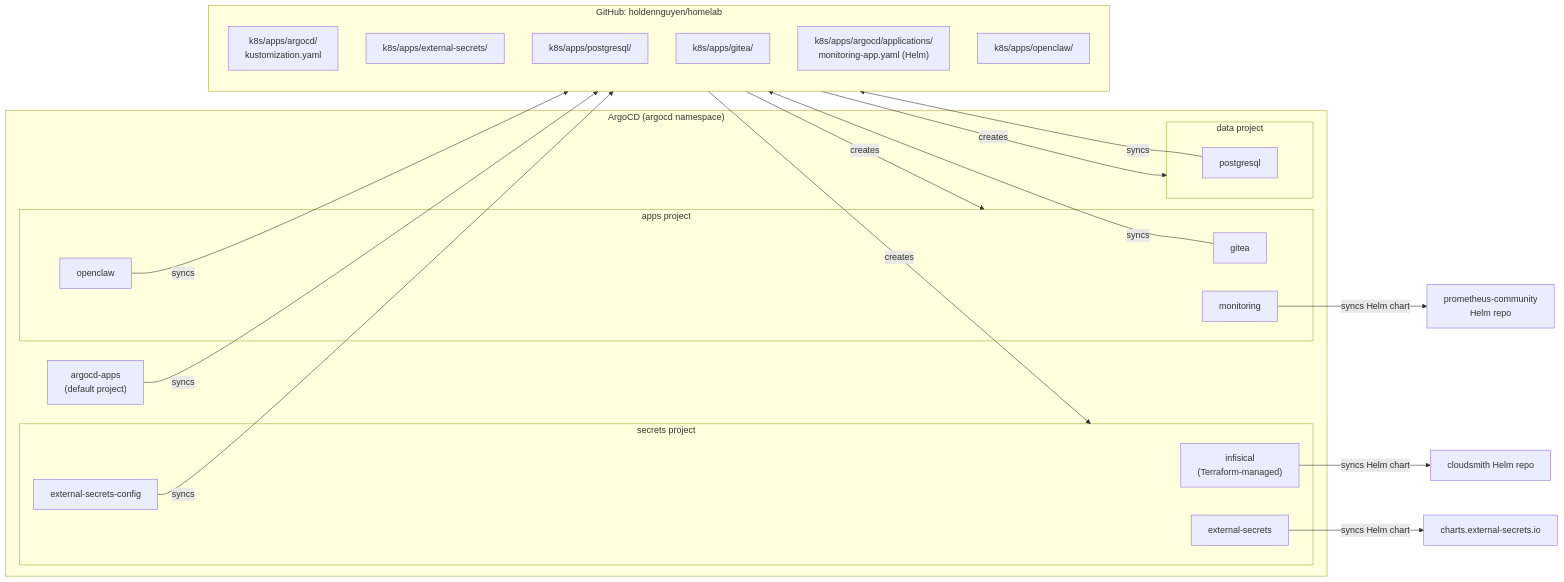
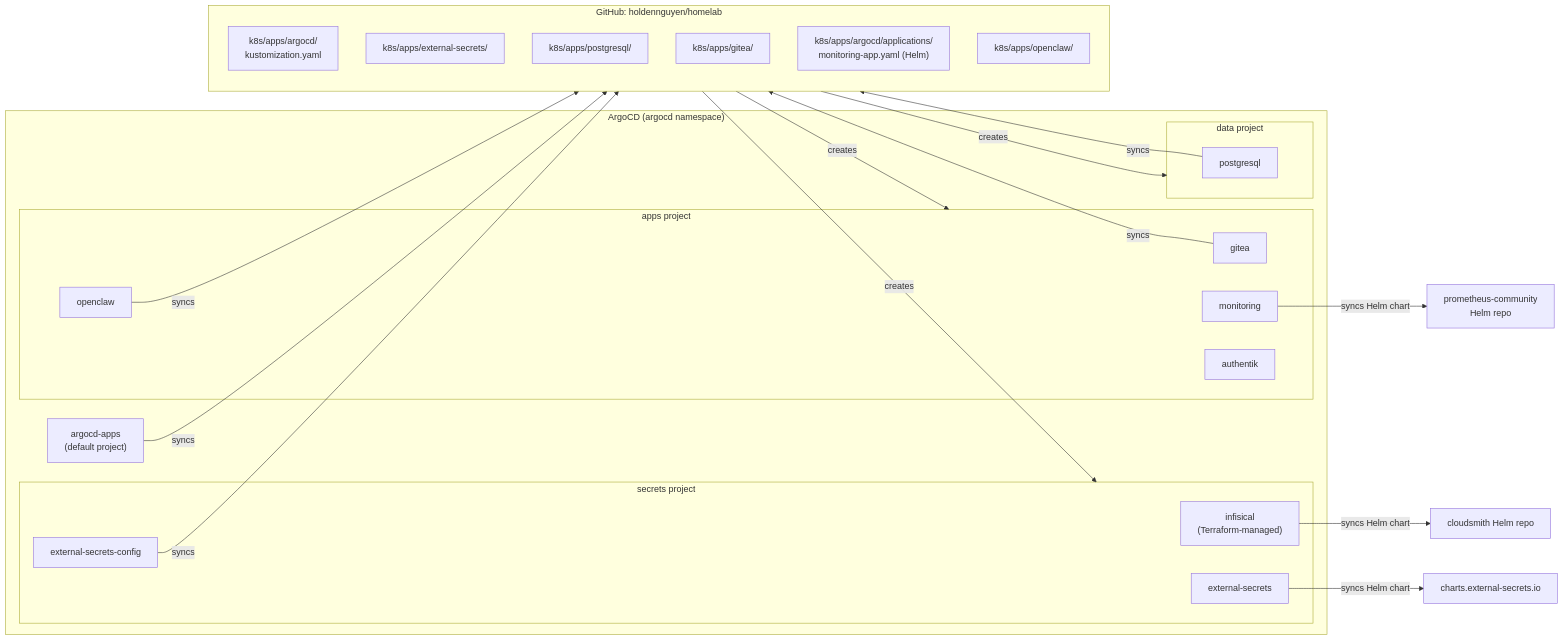
Before and after one commit to haingth77/homelab: the second of 4 diagrams in docs/architecture.md, drawn with Mermaid. The commit also changed other lines of this file and 3 other files, not shown here.

First line of the commit message:
docs: add Authentik SSO documentation and update architecture/networking

````diff
--- a/docs/architecture.md
+++ b/docs/architecture.md
@@ -80,45 +81,46 @@
 ```mermaid
 flowchart LR
     subgraph git["GitHub: holdennguyen/homelab"]
         direction TB
         RootDir["k8s/apps/argocd/\nkustomization.yaml"]
         ESDir["k8s/apps/external-secrets/"]
         PGDir["k8s/apps/postgresql/"]
         GiteaDir["k8s/apps/gitea/"]
         MonDir["k8s/apps/argocd/applications/\nmonitoring-app.yaml (Helm)"]
         OCDir["k8s/apps/openclaw/"]
     end
 
     subgraph argocd["ArgoCD (argocd namespace)"]
         RootApp["argocd-apps\n(default project)"]
 
         subgraph secretsProj["secrets project"]
             InfisicalApp["infisical\n(Terraform-managed)"]
             ESOApp["external-secrets"]
             ESCApp["external-secrets-config"]
         end
 
         subgraph dataProj["data project"]
             PGApp["postgresql"]
         end
 
         subgraph appsProj["apps project"]
             GiteaApp["gitea"]
             MonApp["monitoring"]
+            AuthApp["authentik"]
             OCApp["openclaw"]
         end
     end
 
     RootApp -- "syncs" --> RootDir
     RootDir -- "creates" --> secretsProj
     RootDir -- "creates" --> dataProj
     RootDir -- "creates" --> appsProj
 
     ESOApp -- "syncs Helm chart" --> ESOChart["charts.external-secrets.io"]
     ESCApp -- "syncs" --> ESDir
     PGApp -- "syncs" --> PGDir
     GiteaApp -- "syncs" --> GiteaDir
     MonApp -- "syncs Helm chart" --> MonChart["prometheus-community\nHelm repo"]
     OCApp -- "syncs" --> OCDir
     InfisicalApp -- "syncs Helm chart" --> InfisicalChart["cloudsmith Helm repo"]
 ```
````
